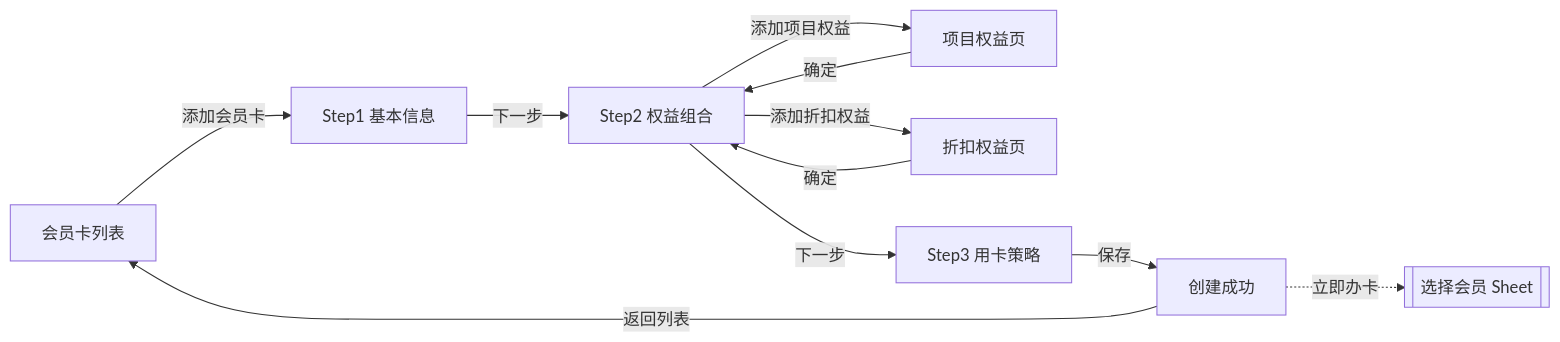
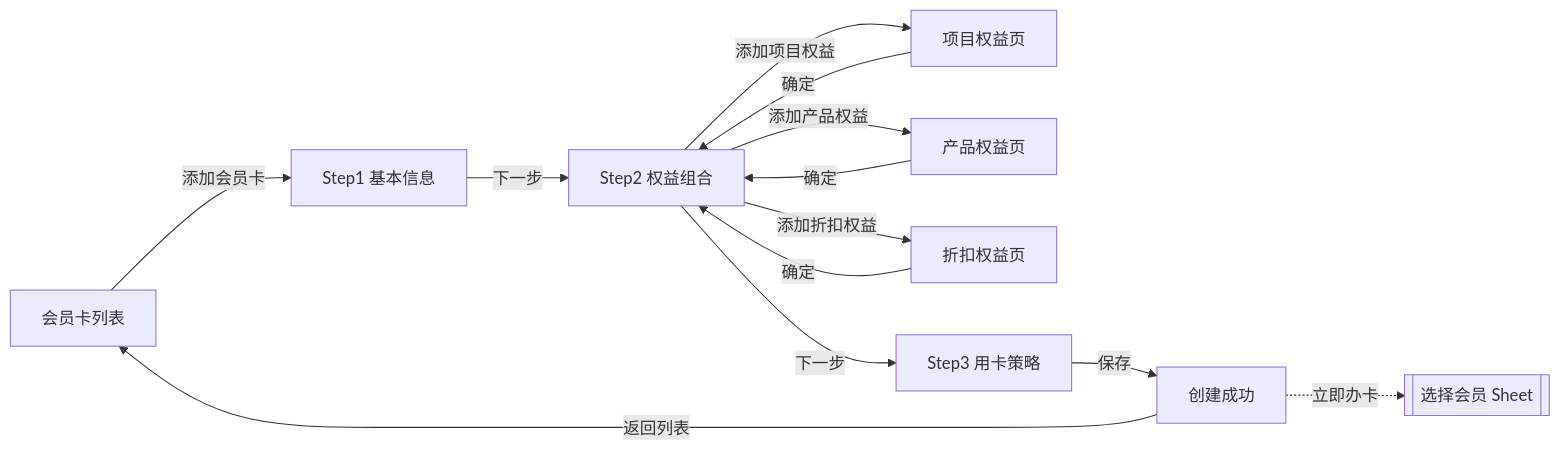
The first of 2 diagrams in PRD-会员卡管理.md (XDean-Designer/card), drawn with Mermaid before and after one commit. The commit also changed other lines of this file and 11 other files, not shown here.

First line of the commit message:
Ship billing add-card create/clone flow and Step1 card-theme layout.

````diff
--- a/PRD-会员卡管理.md
+++ b/PRD-会员卡管理.md
@@ -152,13 +146,15 @@
 ```mermaid
 flowchart LR
   L[会员卡列表] -->|添加会员卡| S1[Step1 基本信息]
   S1 -->|下一步| S2[Step2 权益组合]
   S2 -->|添加项目权益| P[项目权益页]
   P -->|确定| S2
+  S2 -->|添加产品权益| G[产品权益页]
+  G -->|确定| S2
   S2 -->|添加折扣权益| D[折扣权益页]
   D -->|确定| S2
   S2 -->|下一步| S3[Step3 用卡策略]
   S3 -->|保存| OK[创建成功]
   OK -->|返回列表| L
   OK -.->|立即办卡| M[[选择会员 Sheet]]
 ```
````
